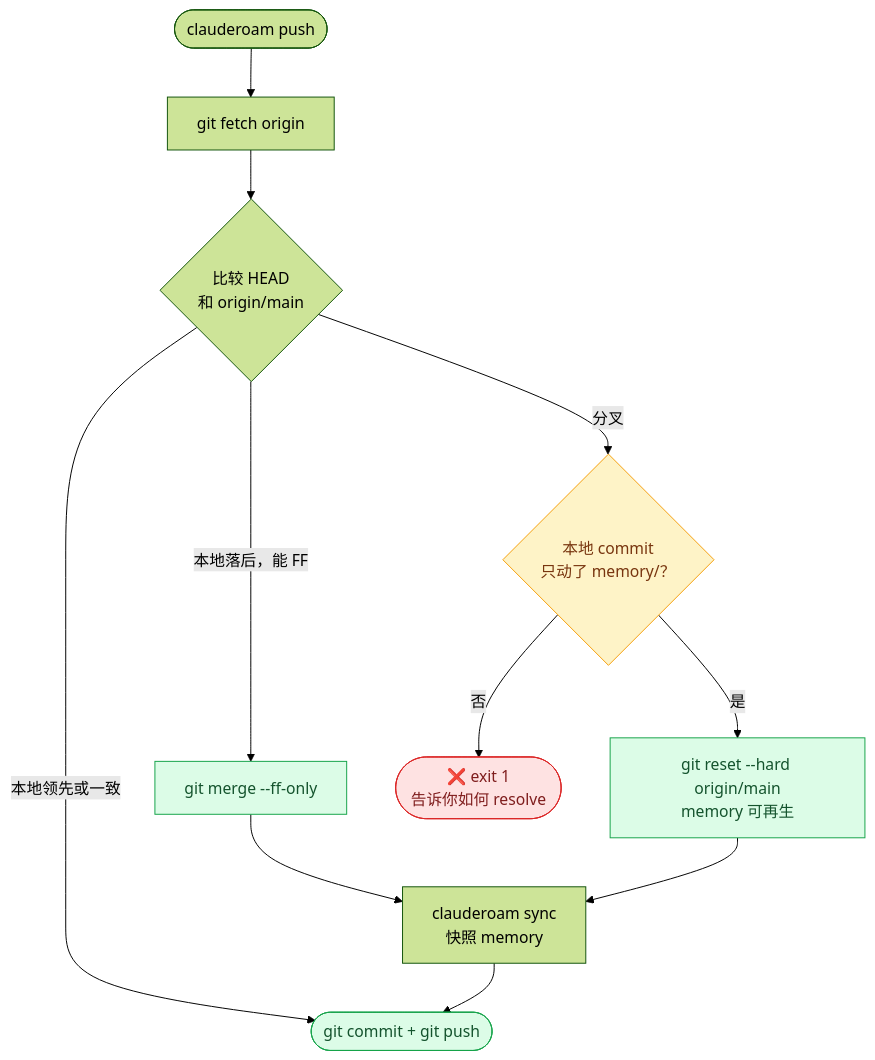
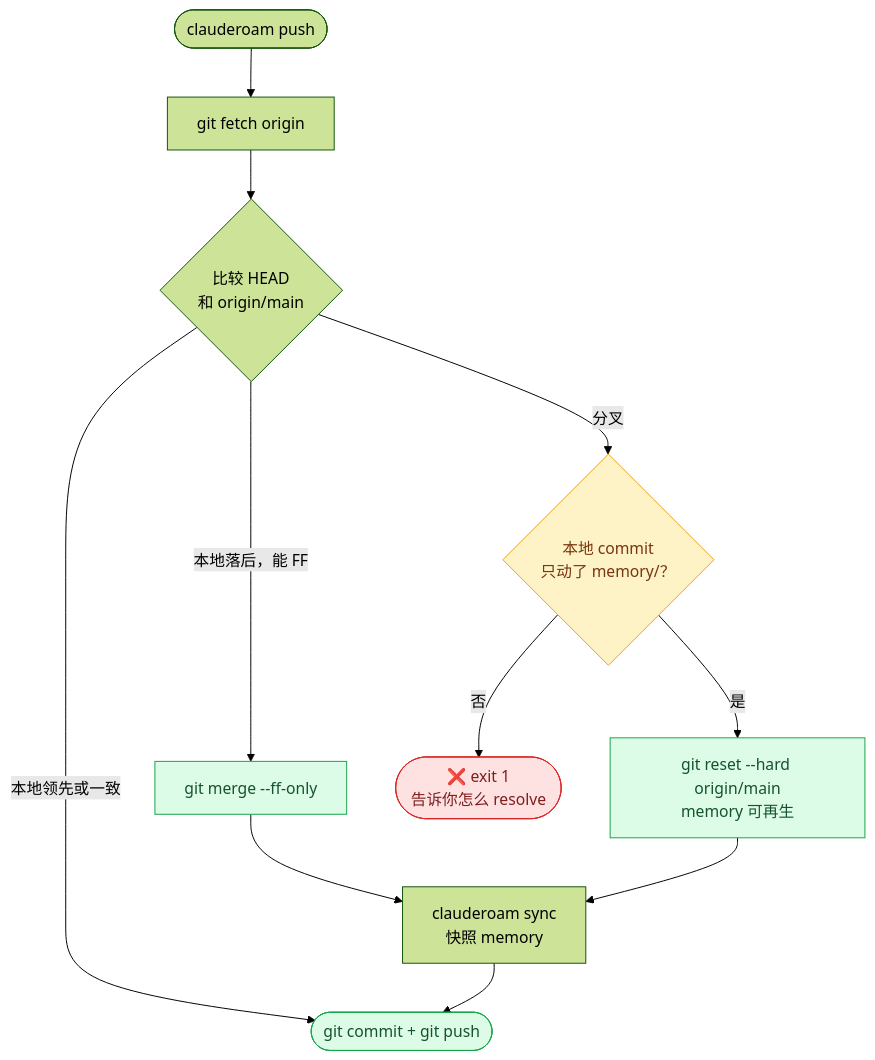
Before and after one commit to YunyueLi/clauderoam: the fourth of 4 diagrams in README.zh-CN.md, drawn with Mermaid (forest theme). The commit also changed other lines of this file and 1 other file, not shown here.

````diff
--- a/README.zh-CN.md
+++ b/README.zh-CN.md
@@ -295,18 +217,18 @@
 ```mermaid
 flowchart TD
     Start([clauderoam push]) --> Fetch[git fetch origin]
     Fetch --> Compare{比较 HEAD<br/>和 origin/main}
     Compare -->|本地领先或一致| Push
     Compare -->|本地落后，能 FF| FF[git merge --ff-only] --> Sync
     Compare -->|分叉| MemOnly{本地 commit<br/>只动了 memory/？}
     MemOnly -->|是| Auto[git reset --hard origin/main<br/>memory 可再生] --> Sync
-    MemOnly -->|否| Refuse([❌ exit 1<br/>告诉你如何 resolve])
+    MemOnly -->|否| Refuse([❌ exit 1<br/>告诉你怎么 resolve])
     Sync[clauderoam sync<br/>快照 memory] --> Push([git commit + git push])
 
     classDef ok fill:#dcfce7,stroke:#16a34a,color:#14532d
     classDef warn fill:#fef3c7,stroke:#f59e0b,color:#78350f
     classDef bad fill:#fee2e2,stroke:#dc2626,color:#7f1d1d
     class FF,Auto,Push ok
     class MemOnly warn
     class Refuse bad
 ```
````
